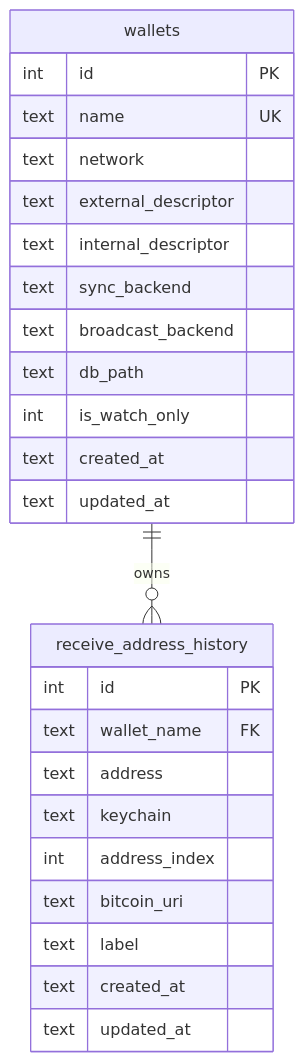
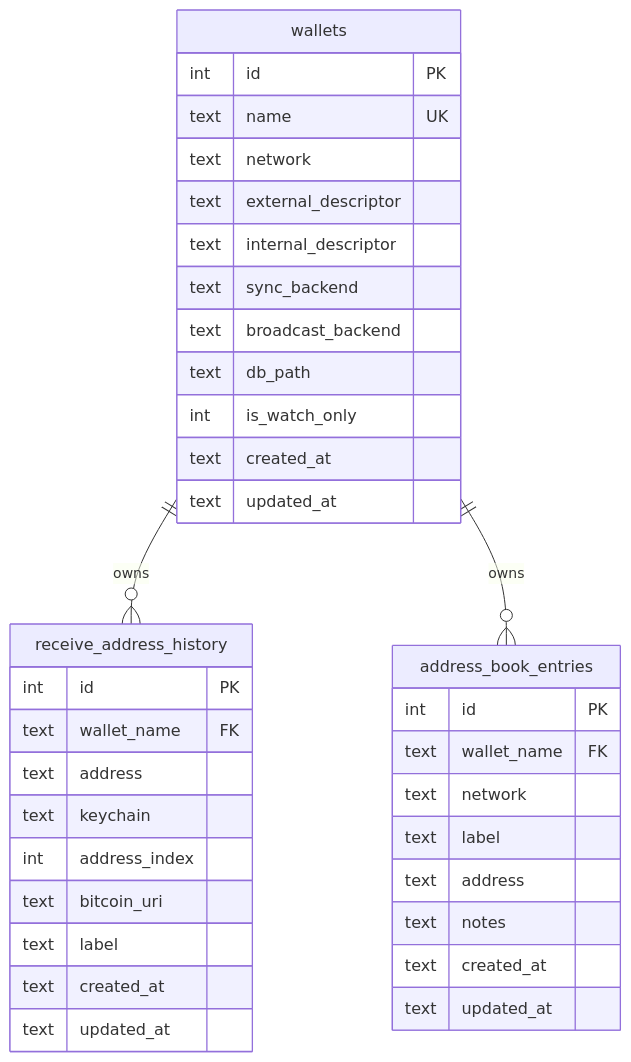
The diagram in README.md (aeygenson/rust-descriptor-wallet), drawn with Mermaid before and after one commit. The commit also changed other lines of this file and 41 other files, not shown here.

Commit message:
feat: add wallet address book support

````diff
--- a/README.md
+++ b/README.md
@@ -97,30 +97,42 @@
 ```mermaid
 erDiagram
     wallets ||--o{ receive_address_history : "owns"
+    wallets ||--o{ address_book_entries : "owns"
 
     wallets {
         int id PK
         text name UK
         text network
         text external_descriptor
         text internal_descriptor
         text sync_backend
         text broadcast_backend
         text db_path
         int is_watch_only
         text created_at
         text updated_at
     }
 
     receive_address_history {
         int id PK
         text wallet_name FK
         text address
         text keychain
         int address_index
         text bitcoin_uri
         text label
         text created_at
         text updated_at
     }
+
+    address_book_entries {
+        int id PK
+        text wallet_name FK
+        text network
+        text label
+        text address
+        text notes
+        text created_at
+        text updated_at
+    }
 ```
````
